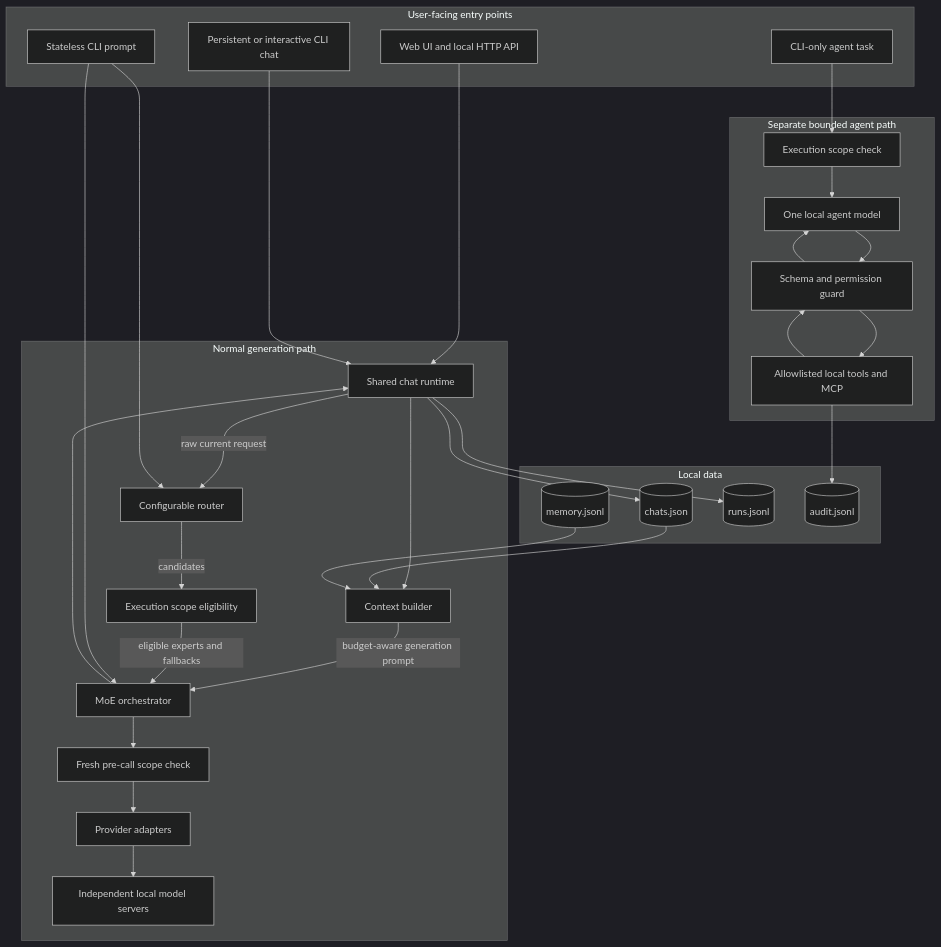
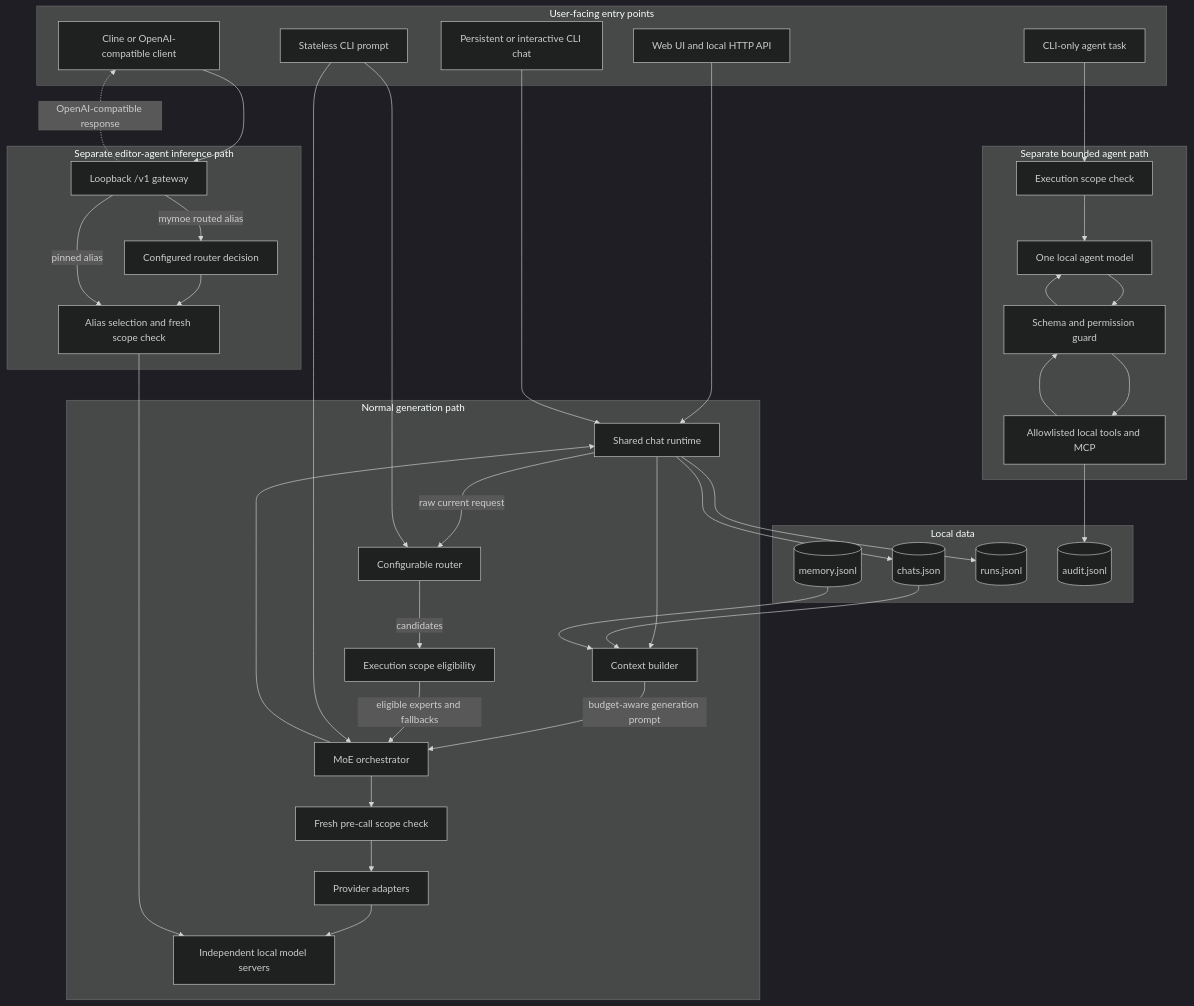
One commit to aantenore/myMoE changed the first of 8 diagrams in docs/how-it-works/README.md. Above: the diagram before and after it, drawn with Mermaid (dark theme). The commit also changed other lines of this file and 37 other files, not shown here.

````diff
--- a/docs/how-it-works/README.md
+++ b/docs/how-it-works/README.md
@@ -7,61 +7,75 @@
 ```mermaid
 flowchart TB
     subgraph Inputs["User-facing entry points"]
         Web["Web UI and local HTTP API"]
         ChatCLI["Persistent or interactive CLI chat"]
         DirectCLI["Stateless CLI prompt"]
         AgentCLI["CLI-only agent task"]
+        Editor["Cline or OpenAI-compatible client"]
     end
 
     subgraph Generation["Normal generation path"]
         Chat["Shared chat runtime"]
         Context["Context builder"]
         Router["Configurable router"]
         Eligibility["Execution scope eligibility"]
         MoE["MoE orchestrator"]
         Invocation["Fresh pre-call scope check"]
         Providers["Provider adapters"]
         Models["Independent local model servers"]
     end
 
     subgraph LocalData["Local data"]
         Chats[("chats.json")]
         Memory[("memory.jsonl")]
         Runs[("runs.jsonl")]
         Audit[("audit.jsonl")]
     end
 
     subgraph Agent["Separate bounded agent path"]
         AgentScope["Execution scope check"]
         AgentModel["One local agent model"]
         Guard["Schema and permission guard"]
         Tools["Allowlisted local tools and MCP"]
     end
 
+    subgraph EditorPath["Separate editor-agent inference path"]
+        Gateway["Loopback /v1 gateway"]
+        GatewayRoute["Configured router decision"]
+        GatewayScope["Alias selection and fresh scope check"]
+    end
+
     Web --> Chat
     ChatCLI --> Chat
     Chat --> Context
     Chats --> Context
     Memory --> Context
     Chat -->|"raw current request"| Router
     Context -->|"budget-aware generation prompt"| MoE
     Router -->|"candidates"| Eligibility
     Eligibility -->|"eligible experts and fallbacks"| MoE
     MoE --> Invocation
     Invocation --> Providers
     Providers --> Models
     MoE --> Chat
     Chat --> Chats
     Chat --> Runs
 
     DirectCLI --> Router
     DirectCLI --> MoE
 
+    Editor --> Gateway
+    Gateway -->|"mymoe routed alias"| GatewayRoute
+    GatewayRoute --> GatewayScope
+    Gateway -->|"pinned alias"| GatewayScope
+    GatewayScope --> Models
+    Gateway -. "OpenAI-compatible response" .-> Editor
+
     AgentCLI --> AgentScope
     AgentScope --> AgentModel
     AgentModel --> Guard
     Guard --> Tools
     Tools --> Guard
     Guard --> AgentModel
     Tools --> Audit
 ```
````
